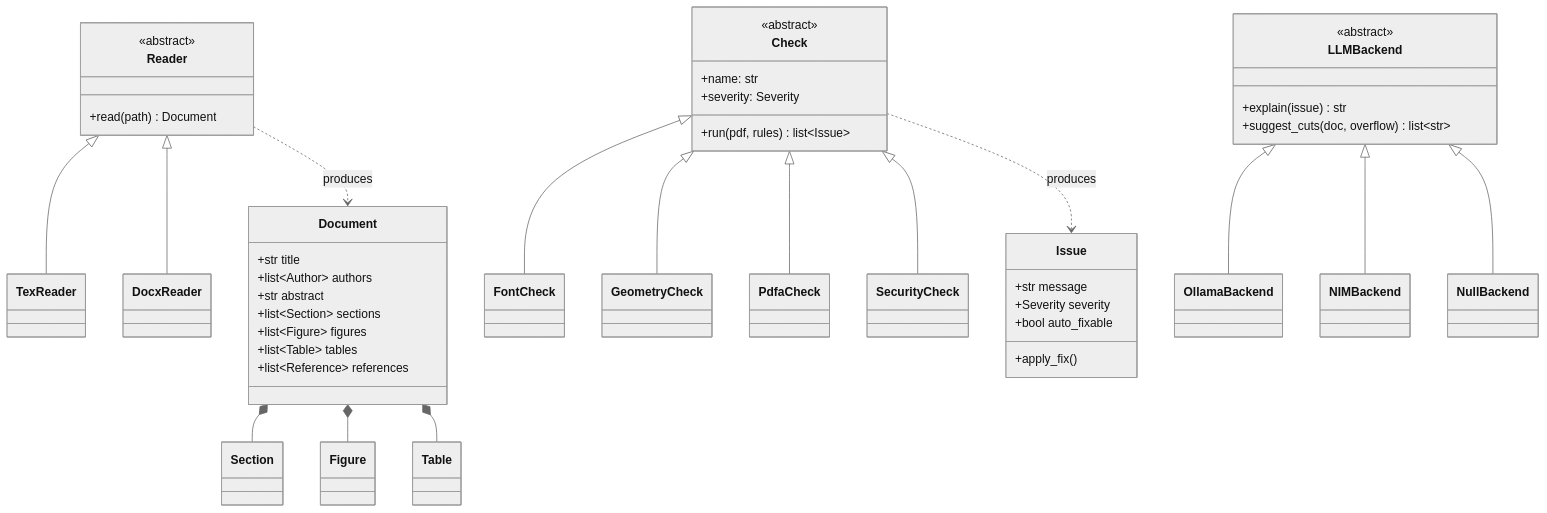
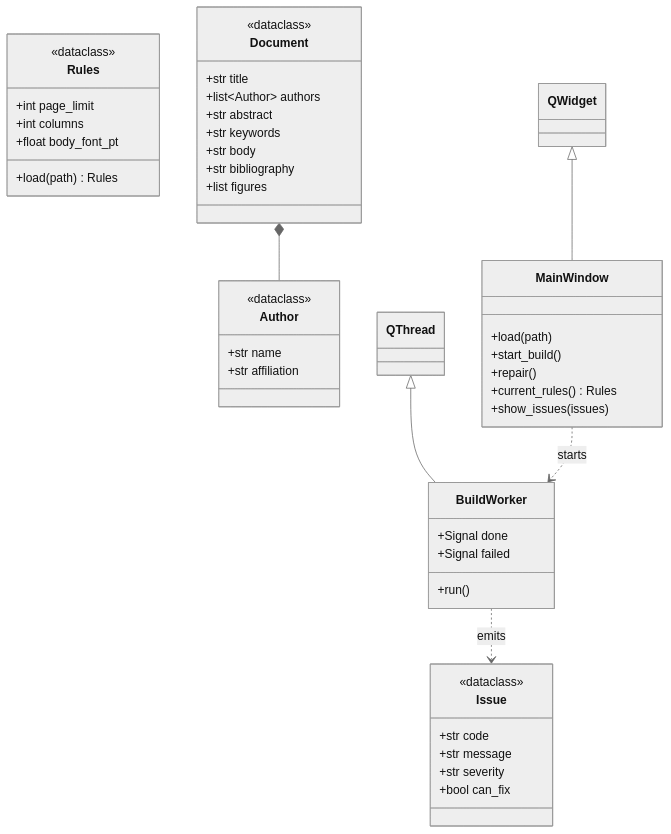
One commit to Krushna-007/prarup changed the diagram in docs/05-python-design.md. Above: the diagram before and after it, drawn with Mermaid (neutral theme). The commit also changed other lines of this file and 11 other files, not shown here.

````diff
--- a/docs/05-python-design.md
+++ b/docs/05-python-design.md
@@ -11,62 +18,52 @@
 ```mermaid
 classDiagram
+    class Issue {
+        <<dataclass>>
+        +str code
+        +str message
+        +str severity
+        +bool can_fix
+    }
+    class Rules {
+        <<dataclass>>
+        +int page_limit
+        +int columns
+        +float body_font_pt
+        +load(path) Rules
+    }
+    class Author {
+        <<dataclass>>
+        +str name
+        +str affiliation
+    }
     class Document {
+        <<dataclass>>
         +str title
         +list~Author~ authors
         +str abstract
-        +list~Section~ sections
-        +list~Figure~ figures
-        +list~Table~ tables
-        +list~Reference~ references
+        +str keywords
+        +str body
+        +str bibliography
+        +list figures
+    }
+    class QWidget
+    class QThread
+    class MainWindow {
+        +load(path)
+        +start_build()
+        +repair()
+        +current_rules() Rules
+        +show_issues(issues)
+    }
+    class BuildWorker {
+        +Signal done
+        +Signal failed
+        +run()
     }
 
-    class Reader {
-        <<abstract>>
-        +read(path) Document
-    }
-    class TexReader
-    class DocxReader
-
-    class Check {
-        <<abstract>>
-        +name: str
-        +severity: Severity
-        +run(pdf, rules) list~Issue~
-    }
-    class FontCheck
-    class GeometryCheck
-    class PdfaCheck
-    class SecurityCheck
-
-    class LLMBackend {
-        <<abstract>>
-        +explain(issue) str
-        +suggest_cuts(doc, overflow) list~str~
-    }
-    class OllamaBackend
-    class NIMBackend
-    class NullBackend
-
-    class Issue {
-        +str message
-        +Severity severity
-        +bool auto_fixable
-        +apply_fix()
-    }
-
-    Reader <|-- TexReader
-    Reader <|-- DocxReader
-    Check <|-- FontCheck
-    Check <|-- GeometryCheck
-    Check <|-- PdfaCheck
-    Check <|-- SecurityCheck
-    LLMBackend <|-- OllamaBackend
-    LLMBackend <|-- NIMBackend
-    LLMBackend <|-- NullBackend
-
-    Reader ..> Document : produces
-    Check ..> Issue : produces
-    Document *-- Section
-    Document *-- Figure
-    Document *-- Table
+    QWidget <|-- MainWindow
+    QThread <|-- BuildWorker
+    Document *-- Author
+    MainWindow ..> BuildWorker : starts
+    BuildWorker ..> Issue : emits
 ```
````
